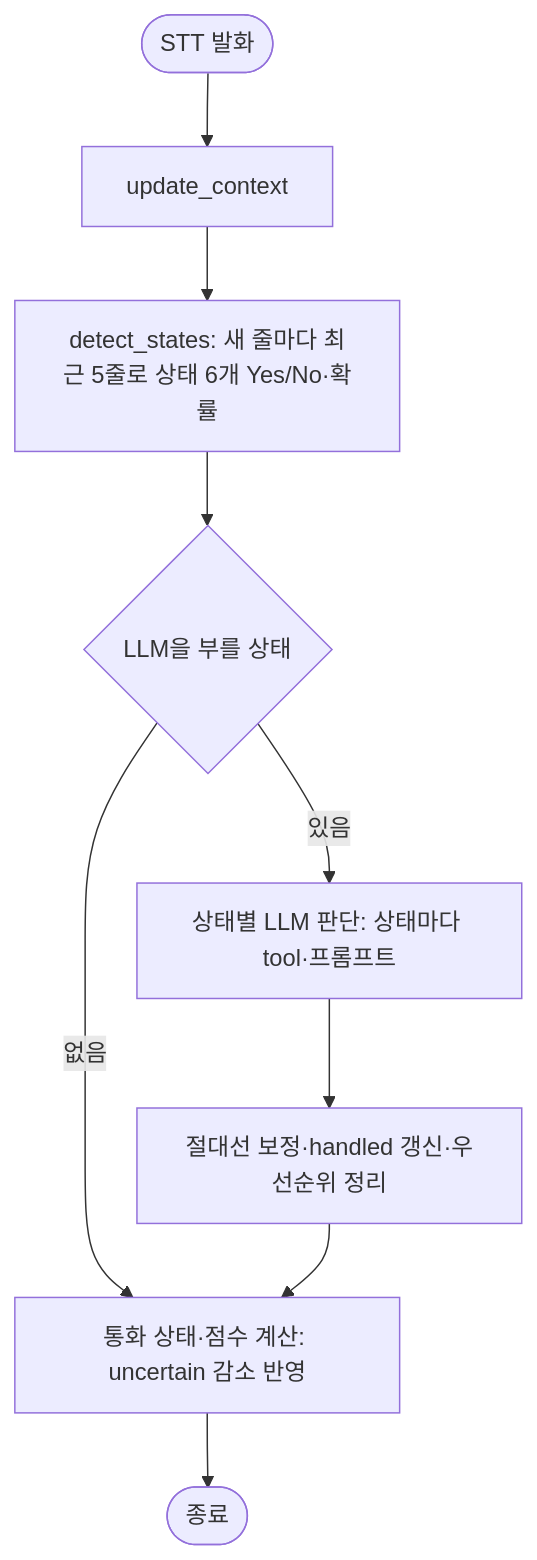
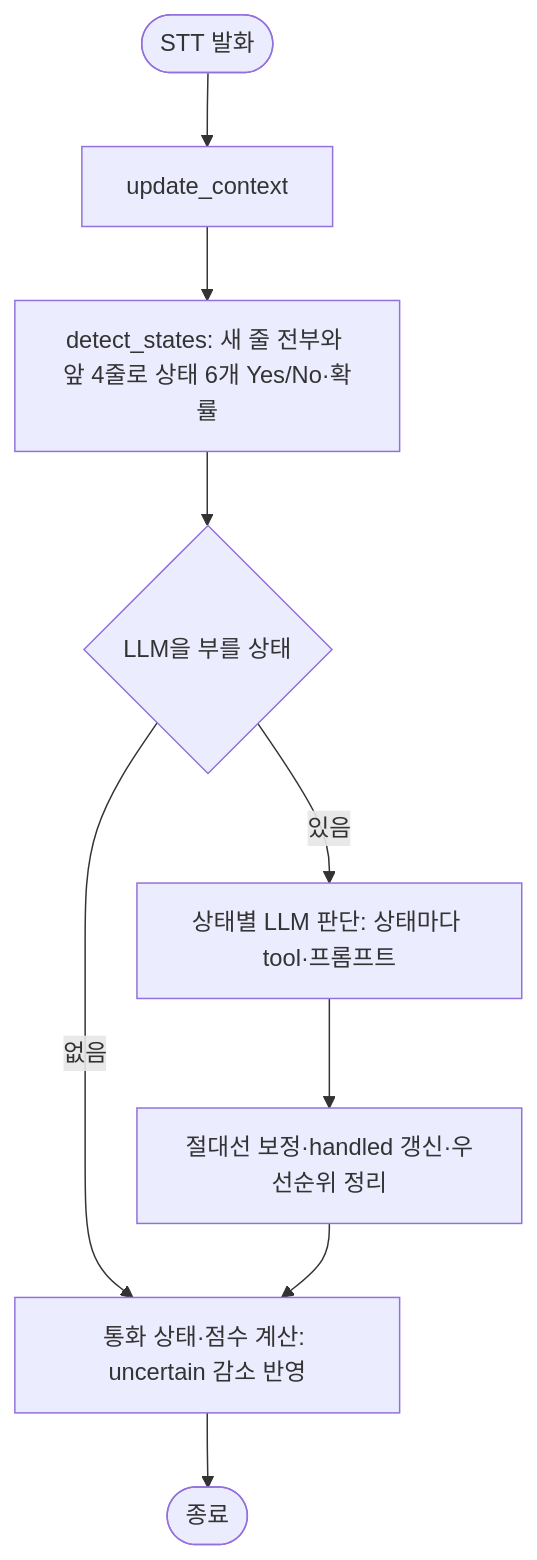
Before and after one commit to M4-Scamshield/scam-agent: the diagram in openspec/changes/jev-state-agents/design.md, drawn with Mermaid. The commit also changed other lines of this file and 7 other files, not shown here.

````diff
--- a/openspec/changes/jev-state-agents/design.md
+++ b/openspec/changes/jev-state-agents/design.md
@@ -14,11 +14,11 @@
 ```mermaid
 flowchart TD
     S([STT 발화]) --> U[update_context]
-    U --> J[detect_states: 새 줄마다 최근 5줄로 상태 6개 Yes/No·확률]
+    U --> J[detect_states: 새 줄 전부와 앞 4줄로 상태 6개 Yes/No·확률]
     J --> R{LLM을 부를 상태}
     R -->|없음| P[통화 상태·점수 계산: uncertain 감소 반영]
     R -->|있음| A[상태별 LLM 판단: 상태마다 tool·프롬프트]
     A --> G[절대선 보정·handled 갱신·우선순위 정리]
     G --> P
     P --> E([종료])
 ```
````
